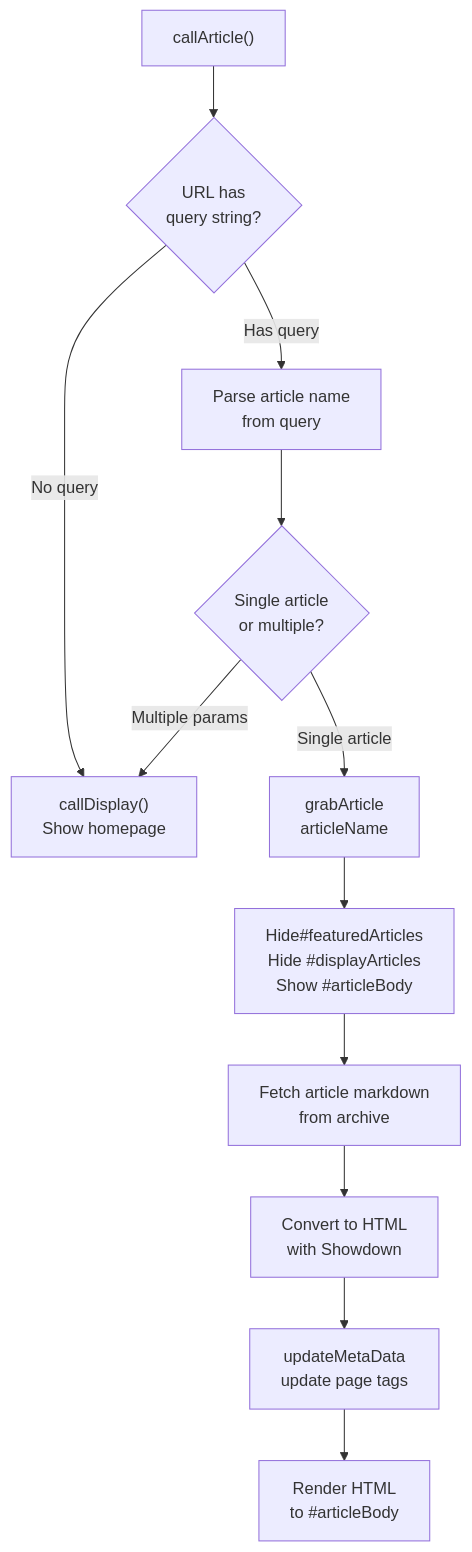
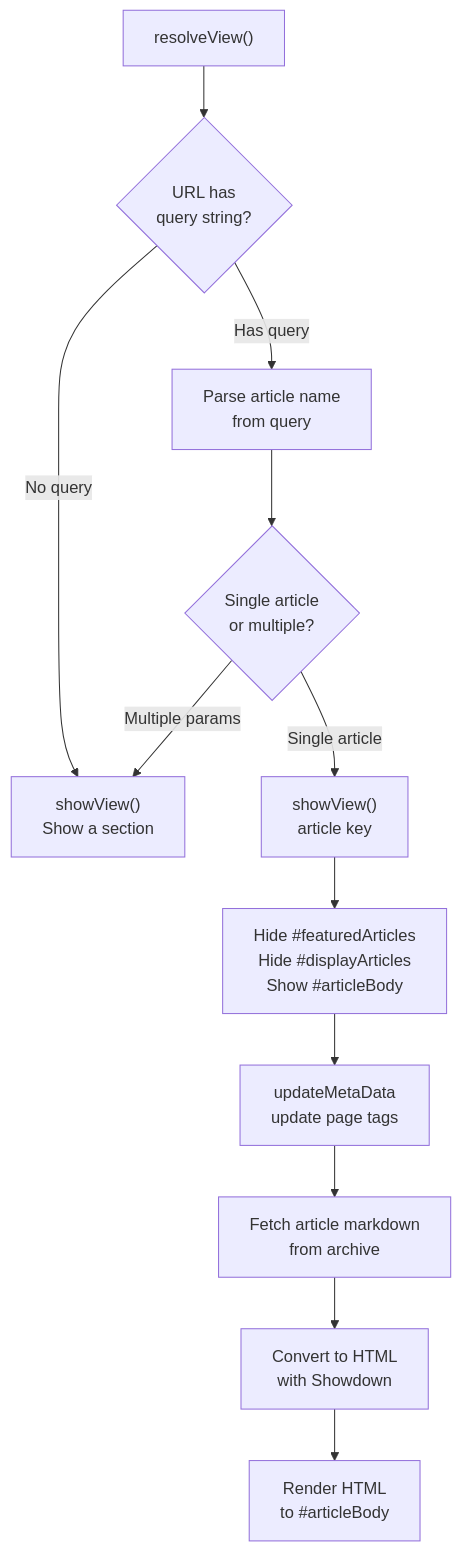
Before and after one commit to AlexJSully/Small-Dev-Talk: the third of 5 diagrams in docs/architecture/data-flow.md, drawn with Mermaid. The commit also changed other lines of this file and 9 other files, not shown here.

First line of the commit message:
Shrink ArticleFiller to three methods and fix query-string routing

````diff
--- a/docs/architecture/data-flow.md
+++ b/docs/architecture/data-flow.md
@@ -152,16 +152,16 @@
 ```mermaid
 flowchart TD
-    accTitle: Article loading logic in callArticle()
-    accDescr: callArticle() checks for a query string. No query or multiple parameters shows the homepage. A single article triggers grabArticle, which hides the featured and display sections, shows articleBody, fetches the Markdown, converts it with Showdown, updates metadata, and renders to articleBody.
-    A["callArticle()"] --> B{"URL has<br/>query string?"}
-    B -->|No query| C["callDisplay()<br/>Show homepage"]
+    accTitle: Article loading logic in resolveView() and showView()
+    accDescr: resolveView() checks for a query string. No query or multiple parameters shows a section or the archive. A single article key makes showView() hide the featured and display sections, show articleBody, update metadata, fetch the Markdown, convert it with Showdown, and render it to articleBody.
+    A["resolveView()"] --> B{"URL has<br/>query string?"}
+    B -->|No query| C["showView()<br/>Show a section"]
     B -->|Has query| D["Parse article name<br/>from query"]
     D --> E{"Single article<br/>or multiple?"}
     E -->|Multiple params| C
-    E -->|Single article| F["grabArticle<br/>articleName"]
-    F --> G["Hide#featuredArticles<br/>Hide #displayArticles<br/>Show #articleBody"]
-    G --> H["Fetch article markdown<br/>from archive"]
+    E -->|Single article| F["showView()<br/>article key"]
+    F --> G["Hide #featuredArticles<br/>Hide #displayArticles<br/>Show #articleBody"]
+    G --> J["updateMetaData<br/>update page tags"]
+    J --> H["Fetch article markdown<br/>from archive"]
     H --> I["Convert to HTML<br/>with Showdown"]
-    I --> J["updateMetaData<br/>update page tags"]
-    J --> K["Render HTML<br/>to #articleBody"]
+    I --> K["Render HTML<br/>to #articleBody"]
 ```
````
